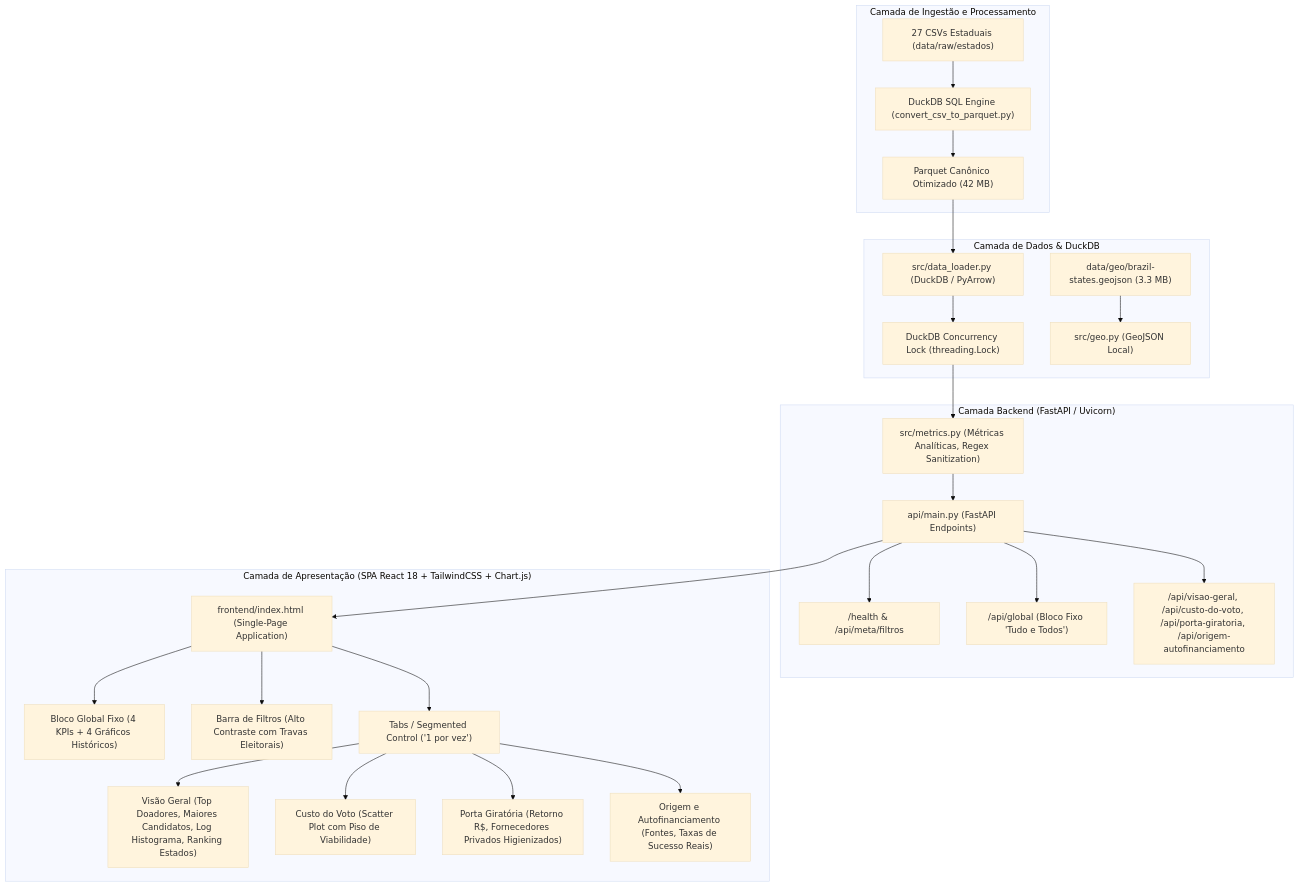
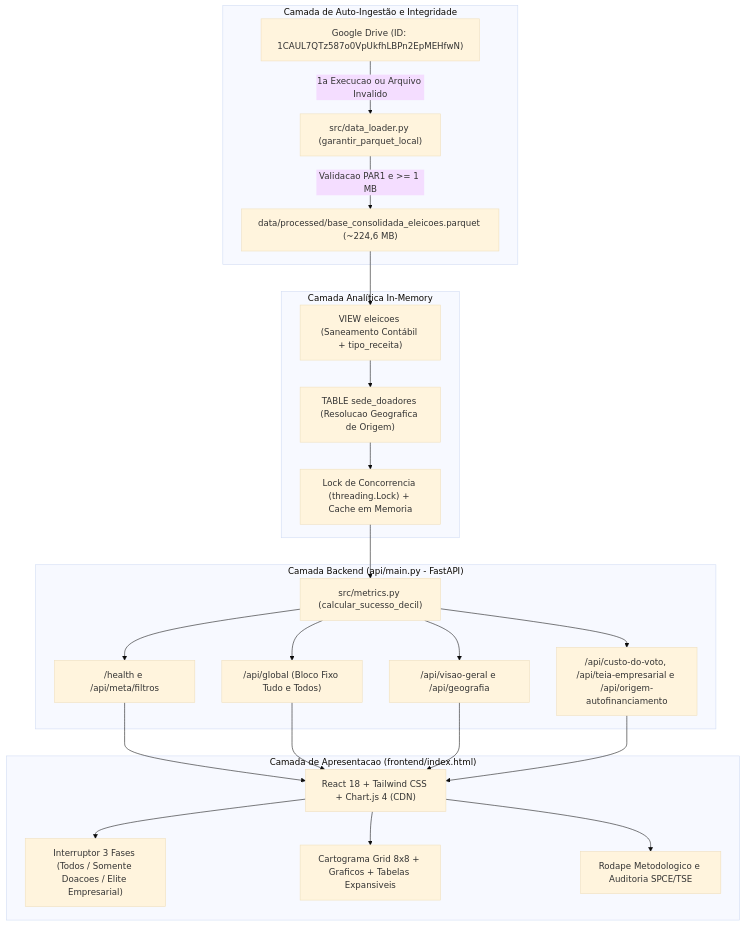
One commit to Adiells/data_pacd changed the diagram in docs/arquitetura.md. Above: the diagram before and after it, drawn with Mermaid (base theme). The commit also changed other lines of this file and 20 other files, not shown here.

Commit message:
Nova versão e uso do ID do google para obtenção do .parquet

````diff
--- a/docs/arquitetura.md
+++ b/docs/arquitetura.md
@@ -11,32 +11,31 @@
 ```mermaid
 flowchart TD
-    subgraph Ingestao ["Camada de Ingestão e Processamento"]
-        A["27 CSVs Estaduais (data/raw/estados)"] --> B["DuckDB SQL Engine (convert_csv_to_parquet.py)"]
-        B --> C["Parquet Canônico Otimizado (42 MB)"]
+    subgraph Bootstrap ["Camada de Auto-Ingestão e Integridade"]
+        A["Google Drive (ID: 1CAUL7QTz587o0VpUkfhLBPn2EpMEHfwN)"] -->|"1a Execucao ou Arquivo Invalido"| B["src/data_loader.py (garantir_parquet_local)"]
+        B -->|"Validacao PAR1 e >= 1 MB"| C["data/processed/base_consolidada_eleicoes.parquet (~224,6 MB)"]
     end
 
-    subgraph Armazenamento ["Camada de Dados & DuckDB"]
-        C --> D["src/data_loader.py (DuckDB / PyArrow)"]
-        D --> E["DuckDB Concurrency Lock (threading.Lock)"]
-        F["data/geo/brazil-states.geojson (3.3 MB)"] --> G["src/geo.py (GeoJSON Local)"]
+    subgraph DuckDB ["Camada Analítica In-Memory"]
+        C --> D["VIEW eleicoes (Saneamento Contábil + tipo_receita)"]
+        D --> E["TABLE sede_doadores (Resolucao Geografica de Origem)"]
+        E --> F["Lock de Concorrencia (threading.Lock) + Cache em Memoria"]
     end
 
-    subgraph Backend ["Camada Backend (FastAPI / Uvicorn)"]
-        E --> H["src/metrics.py (Métricas Analíticas, Regex Sanitization)"]
-        H --> I["api/main.py (FastAPI Endpoints)"]
-        I --> J["/health & /api/meta/filtros"]
-        I --> K["/api/global (Bloco Fixo 'Tudo e Todos')"]
-        I --> L["/api/visao-geral, /api/custo-do-voto, /api/porta-giratoria, /api/origem-autofinanciamento"]
+    subgraph API ["Camada Backend (api/main.py - FastAPI)"]
+        F --> G["src/metrics.py (calcular_sucesso_decil)"]
+        G --> H["/health e /api/meta/filtros"]
+        G --> I["/api/global (Bloco Fixo Tudo e Todos)"]
+        G --> J["/api/visao-geral e /api/geografia"]
+        G --> K["/api/custo-do-voto, /api/teia-empresarial e /api/origem-autofinanciamento"]
     end
 
-    subgraph Frontend ["Camada de Apresentação (SPA React 18 + TailwindCSS + Chart.js)"]
-        I --> M["frontend/index.html (Single-Page Application)"]
-        M --> N["Bloco Global Fixo (4 KPIs + 4 Gráficos Históricos)"]
-        M --> O["Barra de Filtros (Alto Contraste com Travas Eleitorais)"]
-        M --> P["Tabs / Segmented Control ('1 por vez')"]
-        P --> Q["Visão Geral (Top Doadores, Maiores Candidatos, Log Histograma, Ranking Estados)"]
-        P --> R["Custo do Voto (Scatter Plot com Piso de Viabilidade)"]
-        P --> S["Porta Giratória (Retorno R$, Fornecedores Privados Higienizados)"]
-        P --> T["Origem e Autofinanciamento (Fontes, Taxas de Sucesso Reais)"]
+    subgraph SPA ["Camada de Apresentacao (frontend/index.html)"]
+        H --> L["React 18 + Tailwind CSS + Chart.js 4 (CDN)"]
+        I --> L
+        J --> L
+        K --> L
+        L --> M["Interruptor 3 Fases (Todos / Somente Doacoes / Elite Empresarial)"]
+        L --> N["Cartograma Grid 8x8 + Graficos + Tabelas Expansiveis"]
+        L --> O["Rodape Metodologico e Auditoria SPCE/TSE"]
     end
 ```
````
